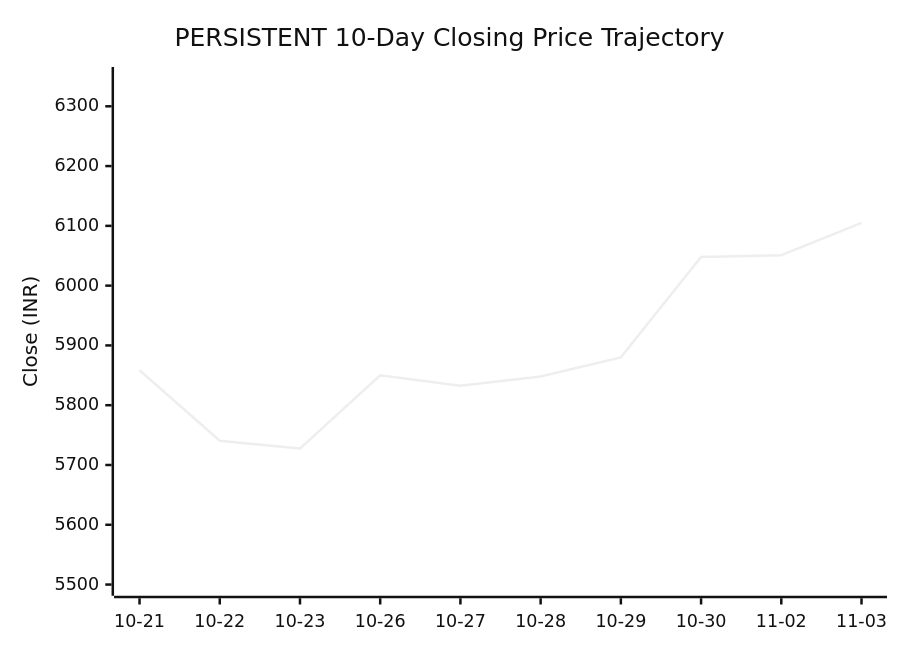
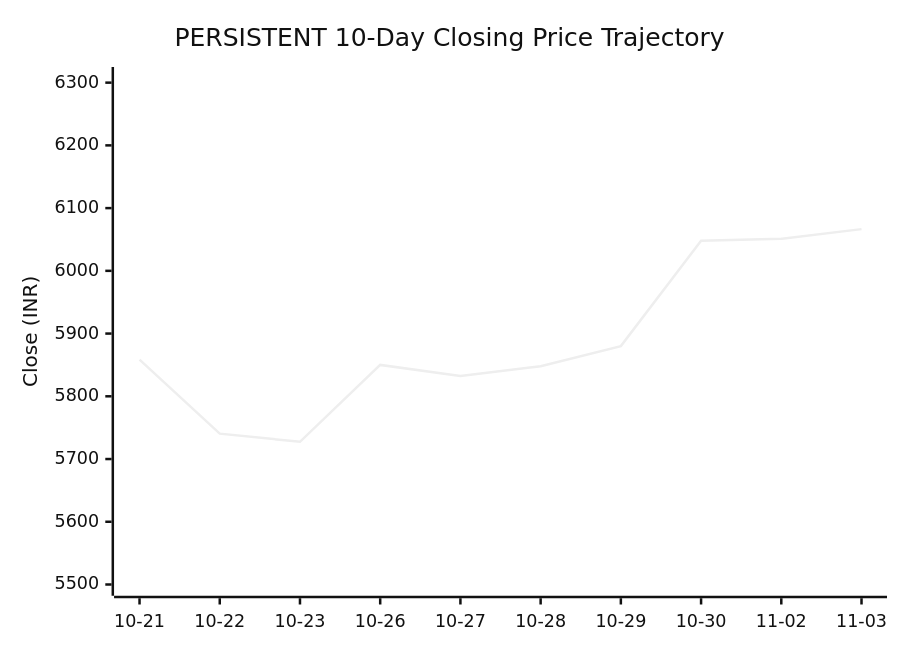
Before and after one commit to purnareddy9/dev: the first of 2 diagrams in market-intelligence/stocks/PERSISTENT/latest.md, drawn with Mermaid (neutral theme). The commit also changed other lines of this file and 4 other files, not shown here.

````diff
--- a/market-intelligence/stocks/PERSISTENT/latest.md
+++ b/market-intelligence/stocks/PERSISTENT/latest.md
@@ -43,7 +43,7 @@
 ```mermaid
 xychart-beta
     title "PERSISTENT 10-Day Closing Price Trajectory"
     x-axis ["10-21", "10-22", "10-23", "10-26", "10-27", "10-28", "10-29", "10-30", "11-02", "11-03"]
-    y-axis "Close (INR)" 5498 --> 6349
-    line [5858.5, 5740.5, 5727.5, 5850.0, 5832.5, 5848.0, 5880.0, 6048.0, 6051.0, 6105.0]
+    y-axis "Close (INR)" 5498 --> 6309
+    line [5858.5, 5740.5, 5727.5, 5850.0, 5832.5, 5848.0, 5880.0, 6048.0, 6051.0, 6066.5]
 ```
````
